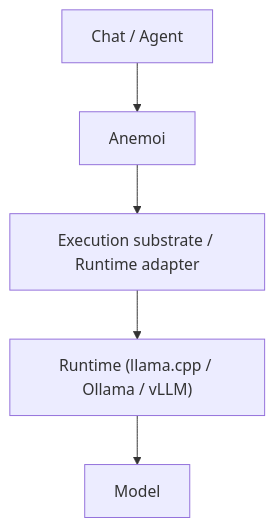
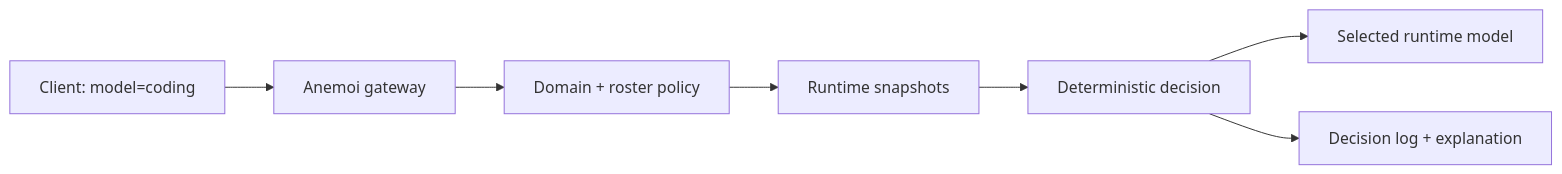
Before and after one commit to Loose-Arrow-Labs/anemoi: the diagram in README.md, drawn with Mermaid. The commit also changed other lines of this file, not shown here.

````diff
--- a/README.md
+++ b/README.md
@@ -90,7 +112,9 @@
 ```mermaid
-flowchart TD
-    A["Chat / Agent"] --> B["Anemoi"]
-    B --> C["Execution substrate / Runtime adapter"]
-    C --> D["Runtime (llama.cpp / Ollama / vLLM)"]
-    D --> E["Model"]
+flowchart LR
+    A["Client: model=coding"] --> B["Anemoi gateway"]
+    B --> C["Domain + roster policy"]
+    C --> D["Runtime snapshots"]
+    D --> E["Deterministic decision"]
+    E --> F["Selected runtime model"]
+    E --> G["Decision log + explanation"]
 ```
````
